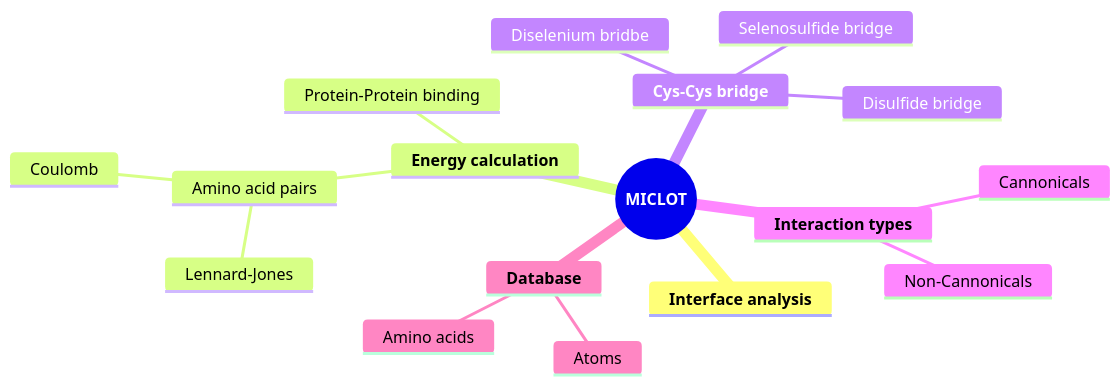
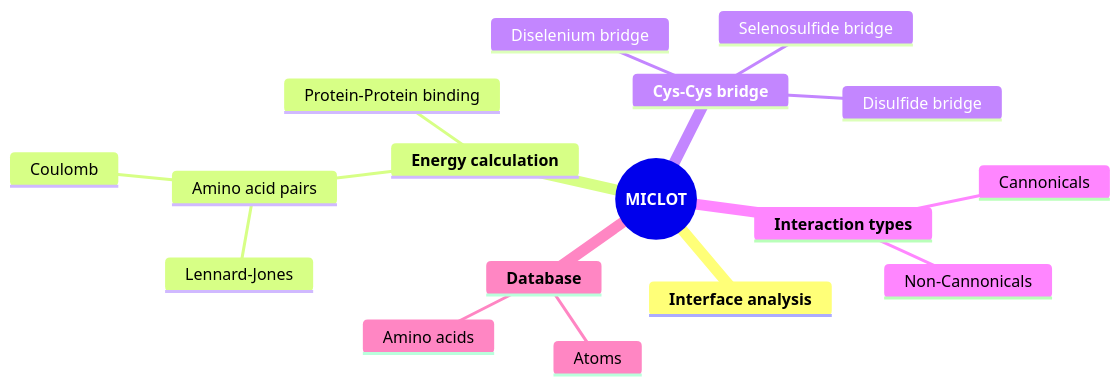
Before and after one commit to TMiclot/MICLOT: the diagram in README.md, drawn with Mermaid. The commit also changed other lines of this file, not shown here.

````diff
--- a/README.md
+++ b/README.md
@@ -12,20 +19,20 @@
 ```mermaid
 mindmap
     root((**MICLOT**))
         **Interface analysis**
         **Energy calculation**
             Protein-Protein binding
             Amino acid pairs
                 Coulomb
                 Lennard-Jones
         **Cys-Cys bridge**
             Disulfide bridge
-            Diselenium bridbe
+            Diselenium bridge
             Selenosulfide bridge
         **Interaction types**
             Cannonicals
             Non-Cannonicals
         **Database**
             Amino acids
             Atoms
 ```
````
